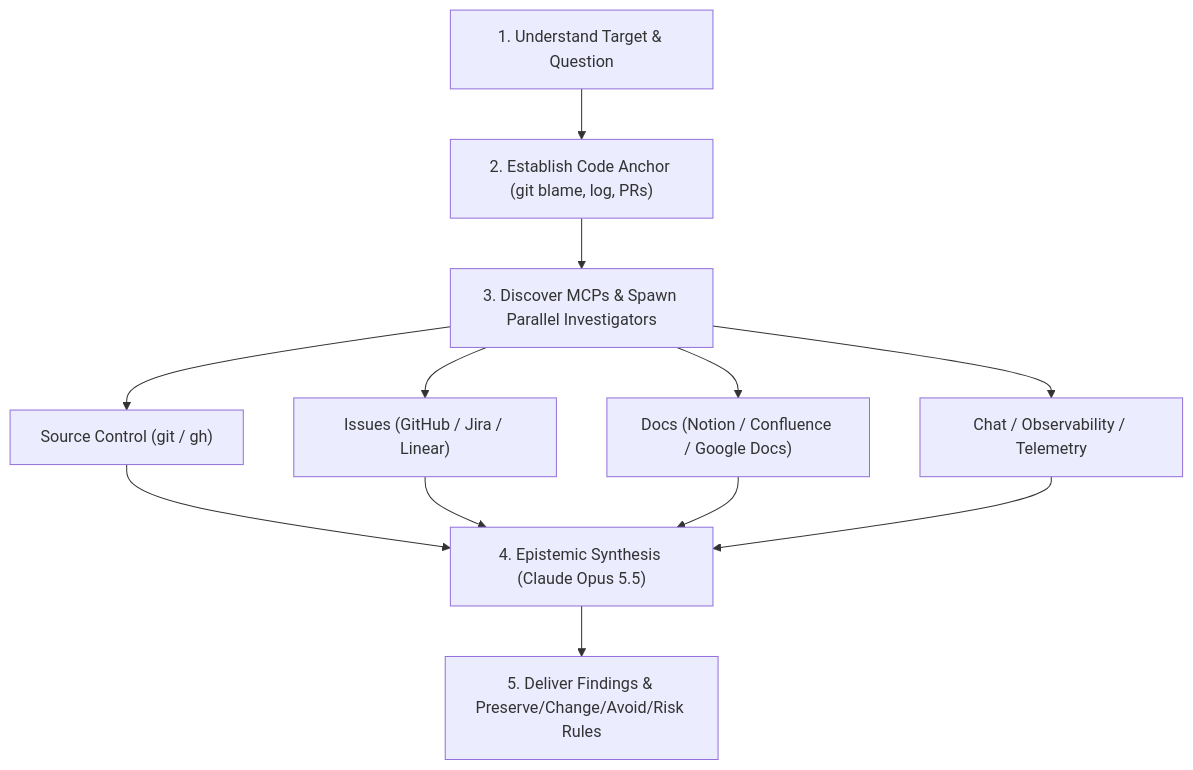
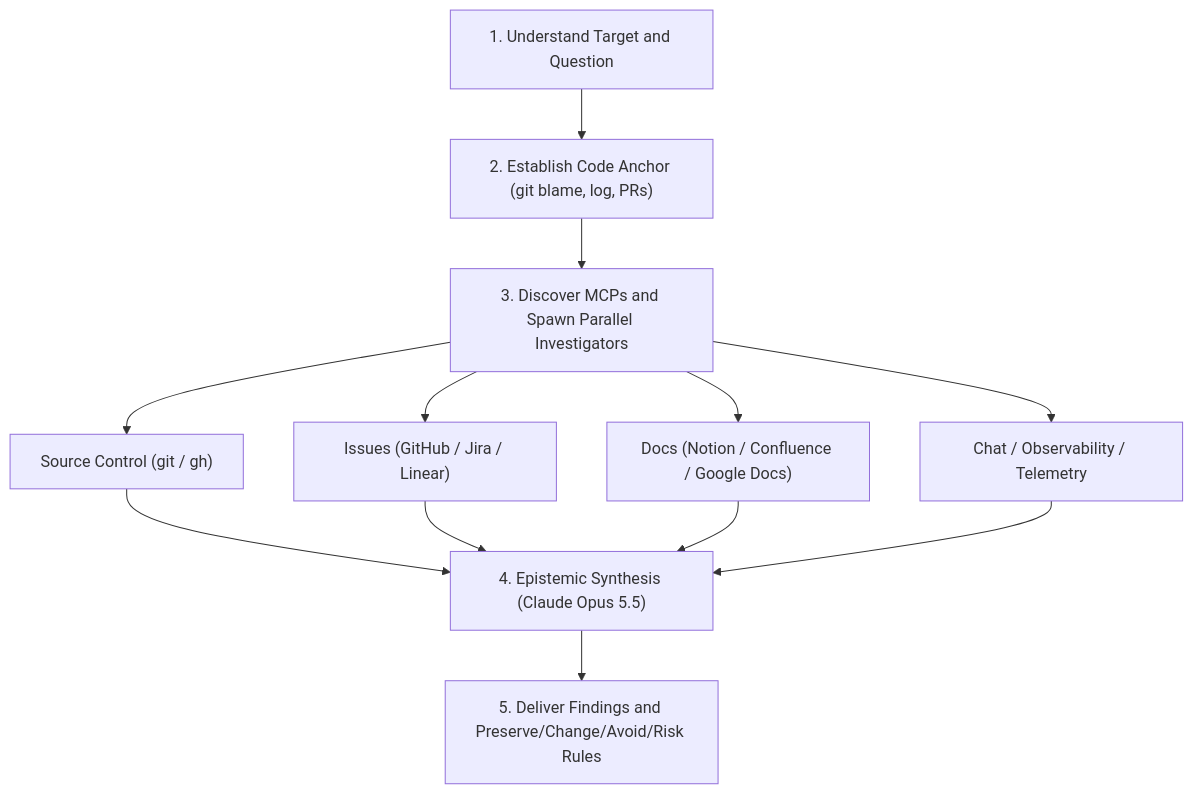
The diagram in skills/why/SKILL.md (sirius-cc-wu/sirius-skills), drawn with Mermaid before and after one commit. The commit also changed 13 other files, not shown here.

````diff
--- a/skills/why/SKILL.md
+++ b/skills/why/SKILL.md
@@ -57,14 +57,14 @@
 ```mermaid
 flowchart TD
-    Q["1. Understand Target & Question"] --> Anchor["2. Establish Code Anchor (git blame, log, PRs)"]
-    Anchor --> Cat["3. Discover MCPs & Spawn Parallel Investigators"]
+    Q["1. Understand Target and Question"] --> Anchor["2. Establish Code Anchor (git blame, log, PRs)"]
+    Anchor --> Cat["3. Discover MCPs and Spawn Parallel Investigators"]
     Cat --> Inv1["Source Control (git / gh)"]
     Cat --> Inv2["Issues (GitHub / Jira / Linear)"]
     Cat --> Inv3["Docs (Notion / Confluence / Google Docs)"]
     Cat --> Inv4["Chat / Observability / Telemetry"]
     Inv1 --> Synth["4. Epistemic Synthesis (Claude Opus 5.5)"]
     Inv2 --> Synth
     Inv3 --> Synth
     Inv4 --> Synth
-    Synth --> Deliver["5. Deliver Findings & Preserve/Change/Avoid/Risk Rules"]
+    Synth --> Deliver["5. Deliver Findings and Preserve/Change/Avoid/Risk Rules"]
 ```
````
